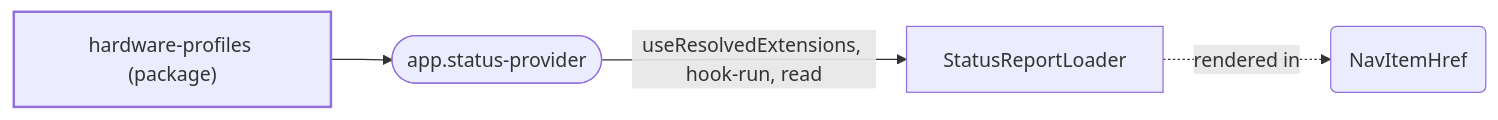
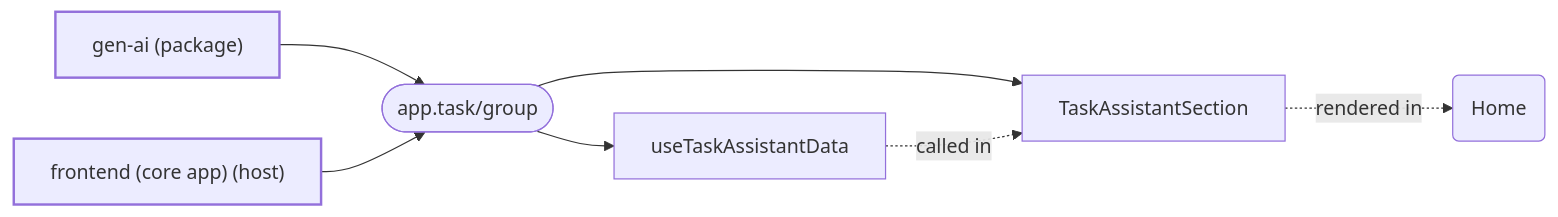
Diagram 12 of 16 in packages/plugin-core/docs/extensions.md (mturley/odh-dashboard), drawn with Mermaid before and after one commit. The commit also changed other lines of this file and 28 other files, not shown here.

First line of the commit message:
Temporary: Task 10b spot-check (ext-map-ref-impl generated pages)

````diff
--- a/packages/plugin-core/docs/extensions.md
+++ b/packages/plugin-core/docs/extensions.md
@@ -1068,12 +1258,17 @@
 ```mermaid
 flowchart LR
   classDef pkg stroke-width:2px
   classDef point stroke-width:1px
-  n_pkg__odh_dashboard_hardware_profiles_48b483["hardware-profiles (package)"]:::pkg
-  n_app_status_provider_94dc4e(["app.status-provider"]):::point
-  n_pkg__odh_dashboard_hardware_profiles_48b483 --> n_app_status_provider_94dc4e
-  n_symbol_frontend_src_app_status_provider_StatusReportLoader_tsx_StatusReportLoader_e66998["StatusReportLoader"]
-  n_app_status_provider_94dc4e -- "useResolvedExtensions, hook-run, read" --> n_symbol_frontend_src_app_status_provider_StatusReportLoader_tsx_StatusReportLoader_e66998
-  n_symbol_frontend_src_app_navigation_NavItemHref_tsx_NavItemHref_dfff1e("NavItemHref")
-  n_symbol_frontend_src_app_status_provider_StatusReportLoader_tsx_StatusReportLoader_e66998 -. "rendered in" .-> n_symbol_frontend_src_app_navigation_NavItemHref_tsx_NavItemHref_dfff1e
+  n_pkg__odh_dashboard_gen_ai_f11571["gen-ai (package)"]:::pkg
+  n_pkg__odh_dashboard_internal_143c2f["frontend (core app) (host)"]:::pkg
+  n_app_task_group_64e4cf(["app.task/group"]):::point
+  n_pkg__odh_dashboard_gen_ai_f11571 --> n_app_task_group_64e4cf
+  n_pkg__odh_dashboard_internal_143c2f --> n_app_task_group_64e4cf
+  n_symbol_frontend_src_pages_home_taskAssistant_TaskAssistantSection_tsx_TaskAssistantSection_3daee2["TaskAssistantSection"]
+  n_app_task_group_64e4cf --> n_symbol_frontend_src_pages_home_taskAssistant_TaskAssistantSection_tsx_TaskAssistantSection_3daee2
+  n_symbol_frontend_src_pages_home_taskAssistant_useTaskAssistantData_ts_useTaskAssistantData_1144fc["useTaskAssistantData"]
+  n_app_task_group_64e4cf --> n_symbol_frontend_src_pages_home_taskAssistant_useTaskAssistantData_ts_useTaskAssistantData_1144fc
+  n_symbol_frontend_src_pages_home_Home_tsx_Home_0f157c("Home")
+  n_symbol_frontend_src_pages_home_taskAssistant_TaskAssistantSection_tsx_TaskAssistantSection_3daee2 -. "rendered in" .-> n_symbol_frontend_src_pages_home_Home_tsx_Home_0f157c
+  n_symbol_frontend_src_pages_home_taskAssistant_useTaskAssistantData_ts_useTaskAssistantData_1144fc -. "called in" .-> n_symbol_frontend_src_pages_home_taskAssistant_TaskAssistantSection_tsx_TaskAssistantSection_3daee2
 ```
````
